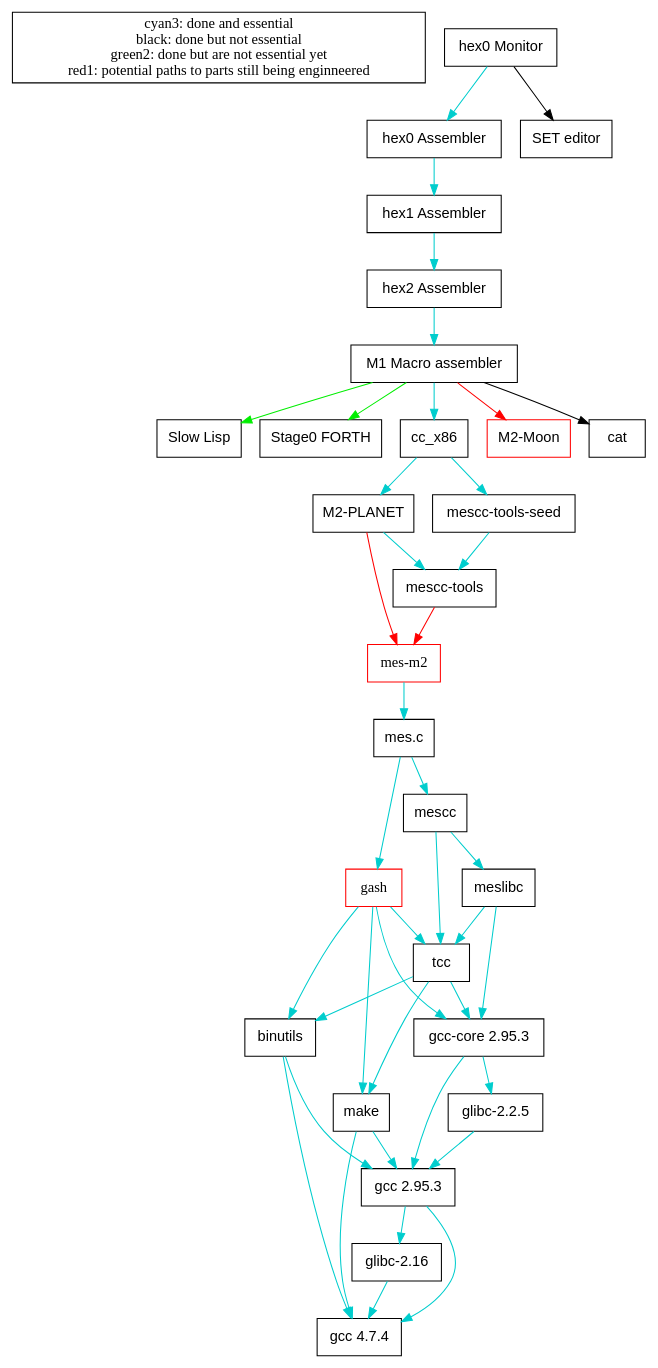
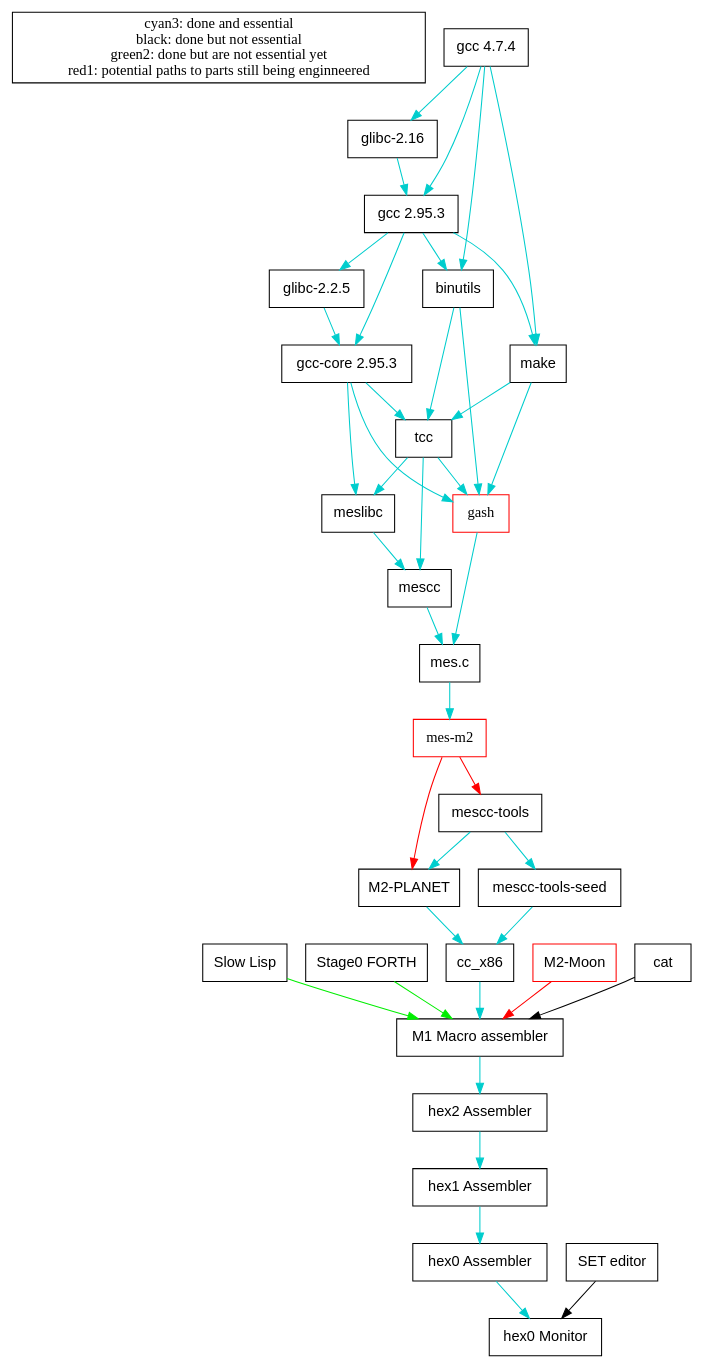
One commit to oriansj/talk-notes changed the diagram in Current bootstrap map.dot. Above: the diagram before and after it, drawn with Graphviz. The commit also changed 1 other file, not shown here.

```diff
--- a/Current bootstrap map.dot
+++ b/Current bootstrap map.dot
@@ -1,73 +1,73 @@
 digraph "Current bootstrap Map" {
 	"NULL"  [label = "cyan3: done and essential\nblack: done but not essential\ngreen2: done but are not essential yet\nred1: potential paths to parts still being enginneered", shape = box];
 
 	"hex0-monitor" [label = "hex0 Monitor", shape = box, fontname = Helvetica];
 	"hex0-assembler" [label = "hex0 Assembler", shape = box, fontname = Helvetica];
 	"hex1-assembler" [label = "hex1 Assembler", shape = box, fontname = Helvetica];
 	"hex2-assembler" [label = "hex2 Assembler", shape = box, fontname = Helvetica];
 	"M1-Macro" [label = "M1 Macro assembler", shape = box, fontname = Helvetica];
 	"Slow_Lisp" [label = "Slow Lisp", shape = box, fontname = Helvetica];
 	"Stage0-FORTH" [label = "Stage0 FORTH", shape = box, fontname = Helvetica];
 	"cc_x86" [label = "cc_x86", shape = box, fontname = Helvetica];
 	"M2-Planet" [label = "M2-PLANET", shape = box, fontname = Helvetica];
 	"M2-Moon" [label = "M2-Moon", color = red, shape = box, fontname = Helvetica];
 	"mescc-tools-seed" [label = "mescc-tools-seed", shape = box, fontname = Helvetica];
 	"mescc-tools" [label = "mescc-tools", shape = box, fontname = Helvetica];
 	"mes-m2" [label = "mes-m2", color = red, shape = box, fontname = Helventica];
 	"mes.c" [label = "mes.c", shape = box, fontname = Helvetica];
 	"mescc" [label = "mescc", shape = box, fontname = Helvetica];
 	"meslibc" [label = "meslibc", shape = box, fontname = Helvetica];
 	"gash" [label = "gash", color = red, shape = box, fontname = Helventica];
 	"tcc" [label = "tcc", shape = box, fontname = Helvetica];
 	"gcc-core 2.95.3" [label = "gcc-core 2.95.3", shape = box, fontname = Helvetica];
 	"make" [label = "make", shape = box, fontname = Helvetica];
 	"binutils" [label = "binutils", shape = box, fontname = Helvetica];
 	"glibc-2.2.5" [label = "glibc-2.2.5", shape = box, fontname = Helvetica];
 	"glibc-2.16" [label = "glibc-2.16", shape = box, fontname = Helvetica];
 	"gcc 2.95.3" [label = "gcc 2.95.3", shape = box, fontname = Helvetica];
 	"gcc 4.7.4" [label = "gcc 4.7.4", shape = box, fontname = Helvetica];
 
 	"cat" [label = "cat", shape = box, fontname = Helvetica];
 	"SET" [label = "SET editor", shape = box, fontname = Helvetica];
 
-	"hex0-monitor" -> "SET" [color = black];
-	"hex0-monitor" -> "hex0-assembler" [color = cyan3];
-	"hex0-assembler" -> "hex1-assembler" [color = cyan3];
-	"hex1-assembler" -> "hex2-assembler" [color = cyan3];
-	"hex2-assembler" -> "M1-Macro" [color = cyan3];
-	"M1-Macro" -> "cat" [color = black];
-	"M1-Macro" -> "Slow_Lisp" [color = green2];
-	"M1-Macro" -> "Stage0-FORTH" [color = green2];
-	"M1-Macro" -> "cc_x86" [color = cyan3];
-	"cc_x86" -> "M2-Planet" [color = cyan3];
-	"M1-Macro" -> "M2-Moon" [color = red1];
-	"M2-Planet" -> "mes-m2" [color = red1];
-	"cc_x86" -> "mescc-tools-seed" [color = cyan3];
-	"mescc-tools-seed" -> "mescc-tools" [color = cyan3];
-	"M2-Planet" -> "mescc-tools" [color = cyan3];
-	"mescc-tools" -> "mes-m2" [color = red1];
-	"mes-m2" -> "mes.c" [color = cyan3];
-	"mes.c" -> "mescc" [color = cyan3];
-	"mes.c" -> "gash" [color = cyan3];
-	"gash" -> "tcc" [color = cyan3];
-	"mescc" -> "tcc" [color = cyan3];
-	"mescc" -> "meslibc" [color = cyan3];
-	"meslibc" -> "tcc" [color = cyan3];
-	"tcc" -> "gcc-core 2.95.3" [color = cyan3];
-	"tcc" -> "make" [color = cyan3];
-	"tcc" -> "binutils" [color = cyan3];
-	"gash" -> "gcc-core 2.95.3" [color = cyan3];
-	"gash" -> "binutils" [color = cyan3];
-	"gash" -> "make" [color = cyan3];
-	"meslibc" -> "gcc-core 2.95.3" [color = cyan3];
-	"gcc-core 2.95.3" -> "glibc-2.2.5" [color = cyan3];
-	"gcc-core 2.95.3" -> "gcc 2.95.3" [color = cyan3];
-	"make" -> "gcc 2.95.3" [color = cyan3];
-	"binutils" -> "gcc 2.95.3" [color = cyan3];
-	"make" -> "gcc 4.7.4" [color = cyan3];
-	"binutils" -> "gcc 4.7.4" [color = cyan3];
-	"glibc-2.2.5" -> "gcc 2.95.3" [color = cyan3];
-	"gcc 2.95.3" -> "glibc-2.16" [color = cyan3];
-	"gcc 2.95.3" -> "gcc 4.7.4" [color = cyan3];
-	"glibc-2.16" -> "gcc 4.7.4" [color = cyan3];
+	"SET" -> "hex0-monitor" [color = black];
+	"hex0-assembler" -> "hex0-monitor" [color = cyan3];
+	"hex1-assembler" -> "hex0-assembler" [color = cyan3];
+	"hex2-assembler" -> "hex1-assembler" [color = cyan3];
+	"M1-Macro" -> "hex2-assembler" [color = cyan3];
+	"cat" -> "M1-Macro" [color = black];
+	"Slow_Lisp" -> "M1-Macro" [color = green2];
+	"Stage0-FORTH" -> "M1-Macro" [color = green2];
+	"cc_x86" -> "M1-Macro" [color = cyan3];
+	"M2-Planet" -> "cc_x86" [color = cyan3];
+	"M2-Moon" -> "M1-Macro" [color = red1];
+	"mes-m2" -> "M2-Planet" [color = red1];
+	"mescc-tools-seed" -> "cc_x86" [color = cyan3];
+	"mescc-tools" -> "mescc-tools-seed" [color = cyan3];
+	"mescc-tools" -> "M2-Planet" [color = cyan3];
+	"mes-m2" -> "mescc-tools" [color = red1];
+	"mes.c" -> "mes-m2" [color = cyan3];
+	"mescc" -> "mes.c" [color = cyan3];
+	"gash" -> "mes.c" [color = cyan3];
+	"tcc" -> "gash" [color = cyan3];
+	"tcc" -> "mescc" [color = cyan3];
+	"meslibc" -> "mescc" [color = cyan3];
+	"tcc" -> "meslibc" [color = cyan3];
+	"gcc-core 2.95.3" -> "tcc" [color = cyan3];
+	"make" -> "tcc" [color = cyan3];
+	"binutils" -> "tcc" [color = cyan3];
+	"gcc-core 2.95.3" -> "gash" [color = cyan3];
+	"binutils" -> "gash" [color = cyan3];
+	"make" -> "gash" [color = cyan3];
+	"gcc-core 2.95.3" -> "meslibc" [color = cyan3];
+	"glibc-2.2.5" -> "gcc-core 2.95.3" [color = cyan3];
+	"gcc 2.95.3" -> "gcc-core 2.95.3" [color = cyan3];
+	"gcc 2.95.3" -> "make" [color = cyan3];
+	"gcc 2.95.3" -> "binutils" [color = cyan3];
+	"gcc 4.7.4" -> "make" [color = cyan3];
+	"gcc 4.7.4" -> "binutils" [color = cyan3];
+	"gcc 2.95.3" -> "glibc-2.2.5" [color = cyan3];
+	"glibc-2.16" -> "gcc 2.95.3" [color = cyan3];
+	"gcc 4.7.4" -> "gcc 2.95.3" [color = cyan3];
+	"gcc 4.7.4" -> "glibc-2.16" [color = cyan3];
 }
```
